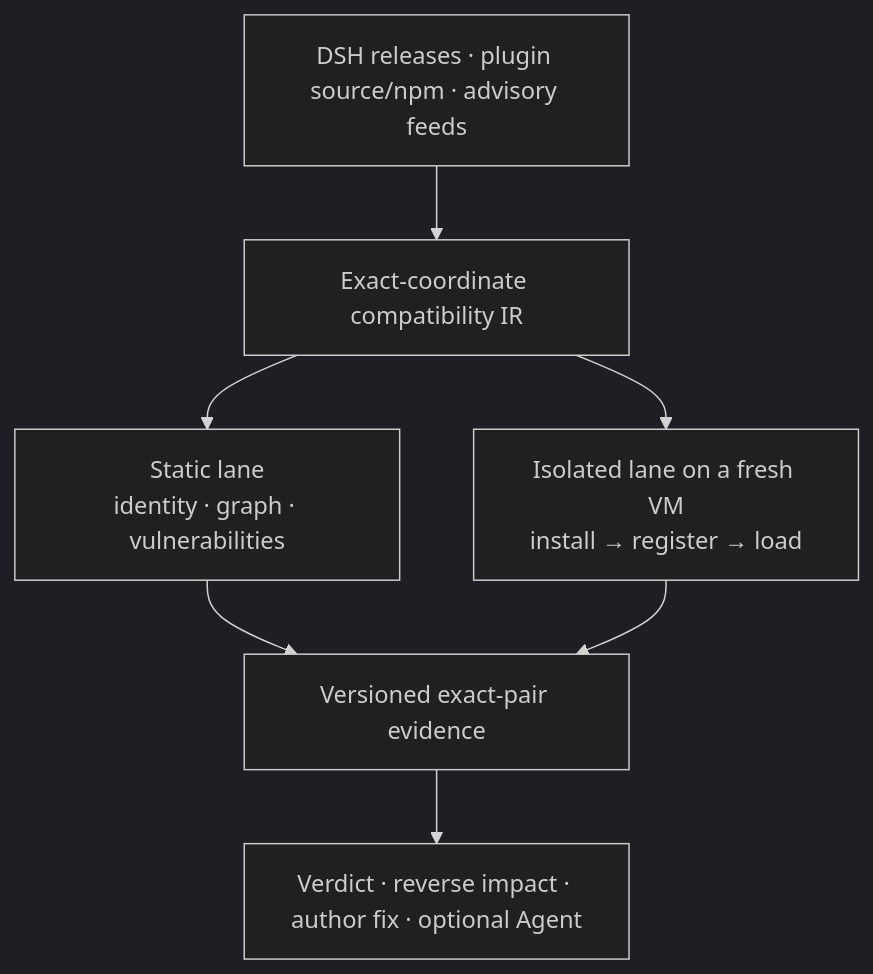
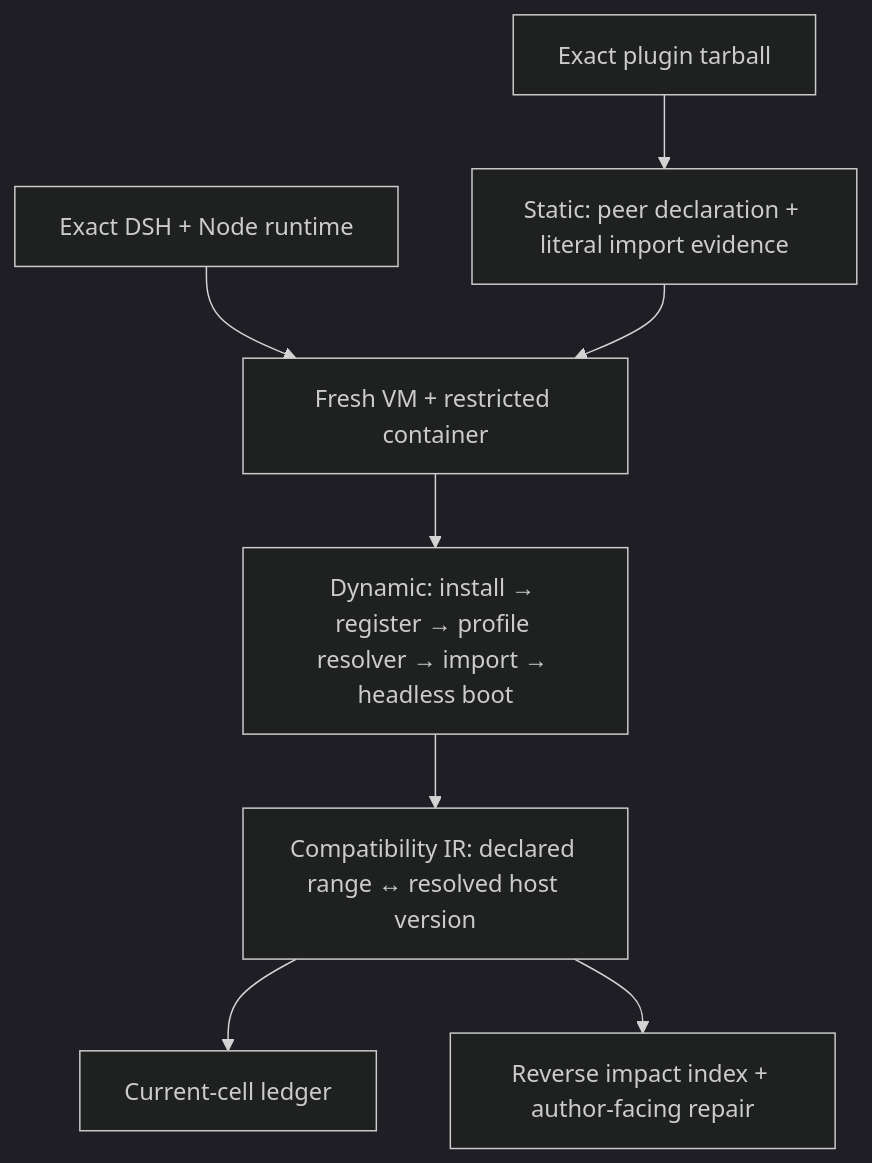
One commit to MicroMilo/upstream-radar changed the diagram in README.md. Above: the diagram before and after it, drawn with Mermaid (dark theme). The commit also changed other lines of this file and 4 other files, not shown here.

````diff
--- a/README.md
+++ b/README.md
@@ -24,9 +23,10 @@
 ```mermaid
 flowchart TB
-  Input["DSH releases · plugin source/npm · advisory feeds"] --> IR["Exact-coordinate compatibility IR"]
-  IR --> Static["Static lane<br/>identity · graph · vulnerabilities"]
-  IR --> Runtime["Isolated lane on a fresh VM<br/>install → register → load"]
-  Static --> Evidence["Versioned exact-pair evidence"]
-  Runtime --> Evidence
-  Evidence --> Action["Verdict · reverse impact · author fix · optional Agent"]
+  Artifact["Exact plugin tarball"] --> Static["Static: peer declaration + literal import evidence"]
+  DSH["Exact DSH + Node runtime"] --> Runtime["Fresh VM + restricted container"]
+  Static --> Runtime
+  Runtime --> Resolve["Dynamic: install → register → profile resolver → import → headless boot"]
+  Resolve --> IR["Compatibility IR: declared range ↔ resolved host version"]
+  IR --> Ledger["Current-cell ledger"]
+  IR --> Impact["Reverse impact index + author-facing repair"]
 ```
````
